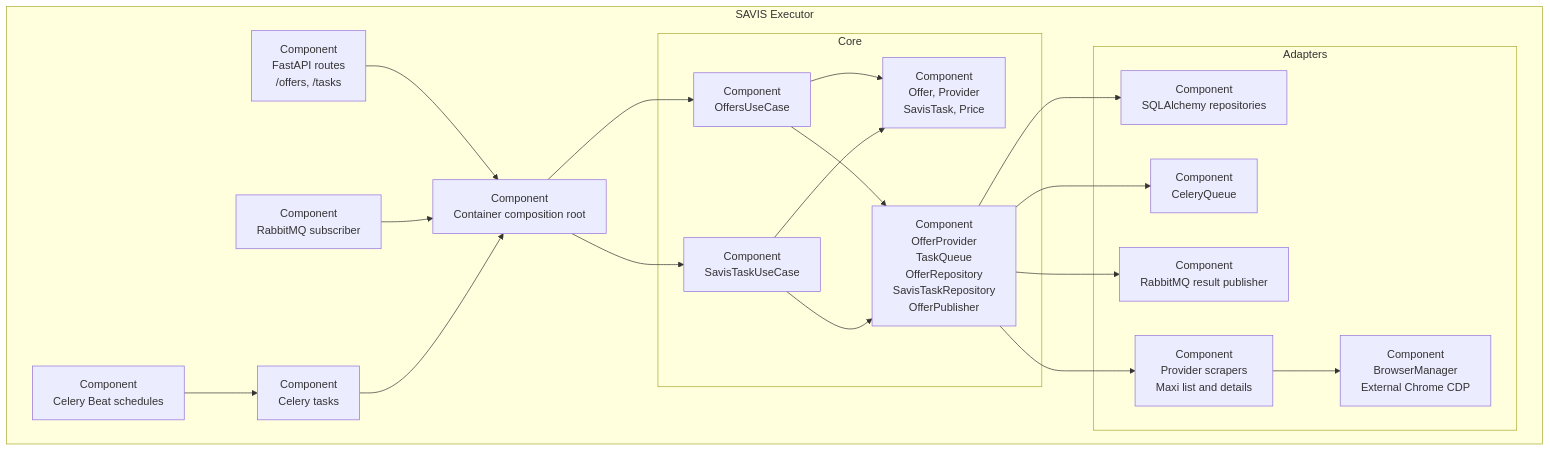
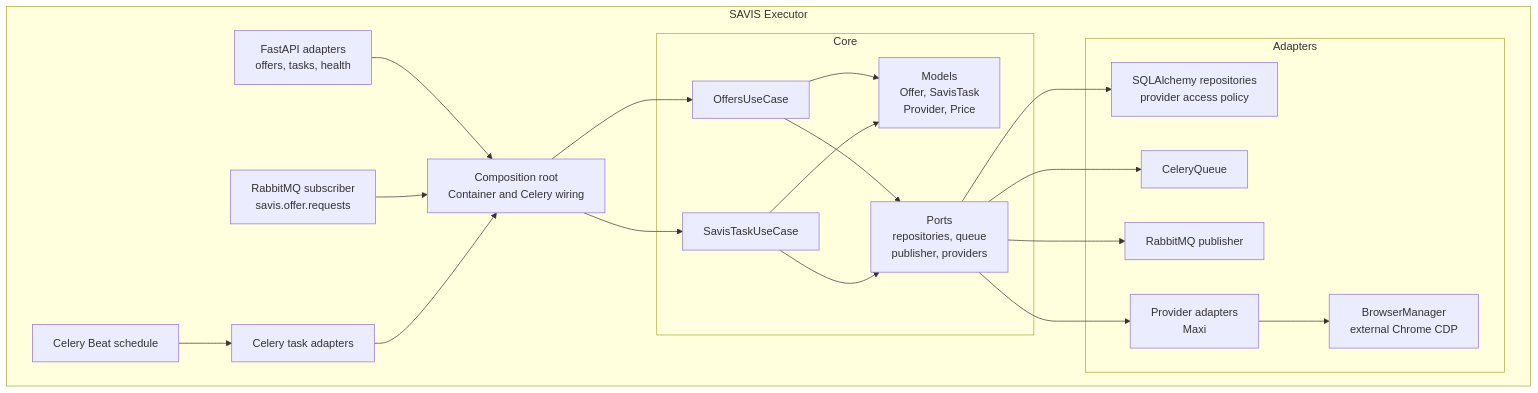
The fifth of 17 diagrams in docs/ARCHITECTURE.md (wiljeanlouis/savis), drawn with Mermaid before and after one commit. The commit also changed other lines of this file and 4 other files, not shown here.

First line of the commit message:
docs: Enhance documentation across SAVIS components with navigation sections, clarify API behaviors, and update configuration details. (#7)

````diff
--- a/docs/ARCHITECTURE.md
+++ b/docs/ARCHITECTURE.md
@@ -185,44 +306,41 @@
 ```mermaid
 flowchart TB
-  subgraph Executor[SAVIS Executor]
-    ApiRoutes["Component<br/>FastAPI routes<br/>/offers, /tasks"]
-    Subscriber["Component<br/>RabbitMQ subscriber"]
-    CeleryTasks["Component<br/>Celery tasks"]
-    BeatScheduler["Component<br/>Celery Beat schedules"]
-    Container["Component<br/>Container composition root"]
+  subgraph Executor["SAVIS Executor"]
+    Routes["FastAPI adapters<br/>offers, tasks, health"]
+    Subscriber["RabbitMQ subscriber<br/>savis.offer.requests"]
+    CeleryTasks["Celery task adapters"]
+    Beat["Celery Beat schedule"]
+    Container["Composition root<br/>Container and Celery wiring"]
 
-    subgraph Core[Core]
-      Models["Component<br/>Offer, Provider<br/>SavisTask, Price"]
-      OffersUseCase["Component<br/>OffersUseCase"]
-      TaskUseCase["Component<br/>SavisTaskUseCase"]
-      Ports["Component<br/>OfferProvider<br/>TaskQueue<br/>OfferRepository<br/>SavisTaskRepository<br/>OfferPublisher"]
+    subgraph Core["Core"]
+      Models["Models<br/>Offer, SavisTask<br/>Provider, Price"]
+      Offers["OffersUseCase"]
+      Tasks["SavisTaskUseCase"]
+      Ports["Ports<br/>repositories, queue<br/>publisher, providers"]
     end
 
-    subgraph Adapters[Adapters]
-      Database["Component<br/>SQLAlchemy repositories"]
-      Queue["Component<br/>CeleryQueue"]
-      Publisher["Component<br/>RabbitMQ result publisher"]
-      Browser["Component<br/>BrowserManager<br/>External Chrome CDP"]
-      Scrapers["Component<br/>Provider scrapers<br/>Maxi list and details"]
+    subgraph Adapters["Adapters"]
+      Database["SQLAlchemy repositories<br/>provider access policy"]
+      Queue["CeleryQueue"]
+      Publisher["RabbitMQ publisher"]
+      Providers["Provider adapters<br/>Maxi"]
+      Browser["BrowserManager<br/>external Chrome CDP"]
     end
   end
 
-  ApiRoutes --> Container
+  Routes --> Container
   Subscriber --> Container
   CeleryTasks --> Container
-  BeatScheduler --> CeleryTasks
-
-  Container --> OffersUseCase
-  Container --> TaskUseCase
-
-  OffersUseCase --> Models
-  OffersUseCase --> Ports
-  TaskUseCase --> Models
-  TaskUseCase --> Ports
-
+  Beat --> CeleryTasks
+  Container --> Offers
+  Container --> Tasks
+  Offers --> Models
+  Tasks --> Models
+  Offers --> Ports
+  Tasks --> Ports
   Ports --> Database
   Ports --> Queue
   Ports --> Publisher
-  Ports --> Scrapers
-  Scrapers --> Browser
+  Ports --> Providers
+  Providers --> Browser
 ```
````
